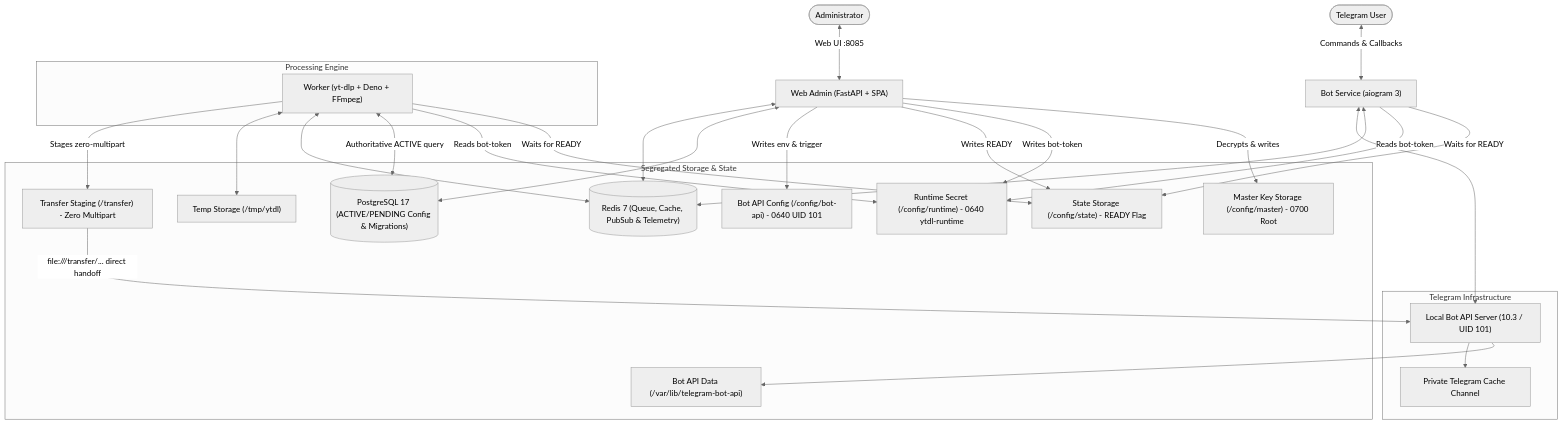
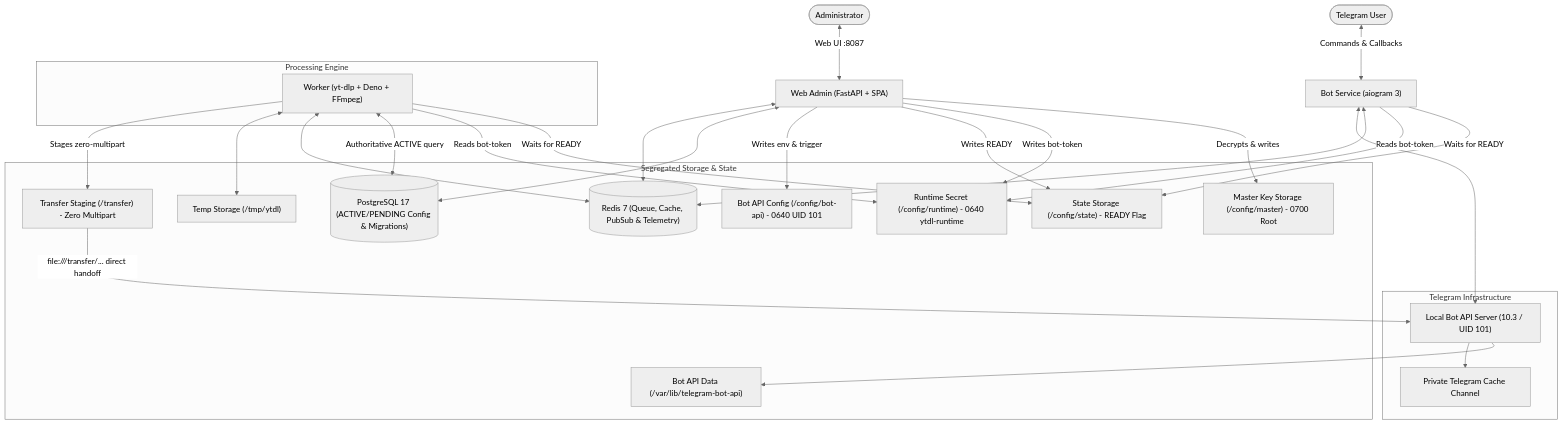
One commit to musicOverdose/youtubedl changed the diagram in README.md. Above: the diagram before and after it, drawn with Mermaid (neutral theme). The commit also changed other lines of this file and 17 other files, not shown here.

Commit message:
feat(admin): add dynamic welcome message, credential config, auth persistence & migrate web port to 8080

````diff
--- a/README.md
+++ b/README.md
@@ -129,48 +130,48 @@
 ```mermaid
 flowchart TD
     User(["Telegram User"]) <-->|"Commands & Callbacks"| Bot["Bot Service (aiogram 3)"]
-    Admin(["Administrator"]) <-->|"Web UI :8085"| Web["Web Admin (FastAPI + SPA)"]
+    Admin(["Administrator"]) <-->|"Web UI :8087"| Web["Web Admin (FastAPI + SPA)"]
 
     subgraph Storage ["Segregated Storage & State"]
         PG[("PostgreSQL 17 (ACTIVE/PENDING Config & Migrations)")]
         Redis[("Redis 7 (Queue, Cache, PubSub & Telemetry)")]
         MasterKeyVol["Master Key Storage (/config/master) - 0700 Root"]
         RuntimeTokenVol["Runtime Secret (/config/runtime) - 0640 ytdl-runtime"]
         StateVol["State Storage (/config/state) - READY Flag"]
         LocalApiConfig["Bot API Config (/config/bot-api) - 0640 UID 101"]
         TransferVol["Transfer Staging (/transfer) - Zero Multipart"]
         TempVol["Temp Storage (/tmp/ytdl)"]
         LocalBotApiData["Bot API Data (/var/lib/telegram-bot-api)"]
     end
 
     subgraph TelegramServices ["Telegram Infrastructure"]
         LocalBotAPI["Local Bot API Server (10.3 / UID 101)"]
         CacheChannel["Private Telegram Cache Channel"]
     end
 
     subgraph Processing ["Processing Engine"]
         Worker["Worker (yt-dlp + Deno + FFmpeg)"]
     end
 
     Web -->|"Decrypts & writes"| MasterKeyVol
     Web -->|"Writes bot-token"| RuntimeTokenVol
     Web -->|"Writes READY"| StateVol
     Web -->|"Writes env & trigger"| LocalApiConfig
     Web <--> PG
     Web <--> Redis
 
     Bot -->|"Waits for READY"| StateVol
     Bot -->|"Reads bot-token"| RuntimeTokenVol
     Bot <--> Redis
     Bot <--> LocalBotAPI
 
     Worker -->|"Waits for READY"| StateVol
     Worker -->|"Reads bot-token"| RuntimeTokenVol
     Worker <-->|"Authoritative ACTIVE query"| PG
     Worker <--> Redis
     Worker <--> TempVol
     Worker -->|"Stages zero-multipart"| TransferVol
     TransferVol -->|"file:///transfer/... direct handoff"| LocalBotAPI
     LocalBotAPI --> LocalBotApiData
     LocalBotAPI --> CacheChannel
 ```
````
